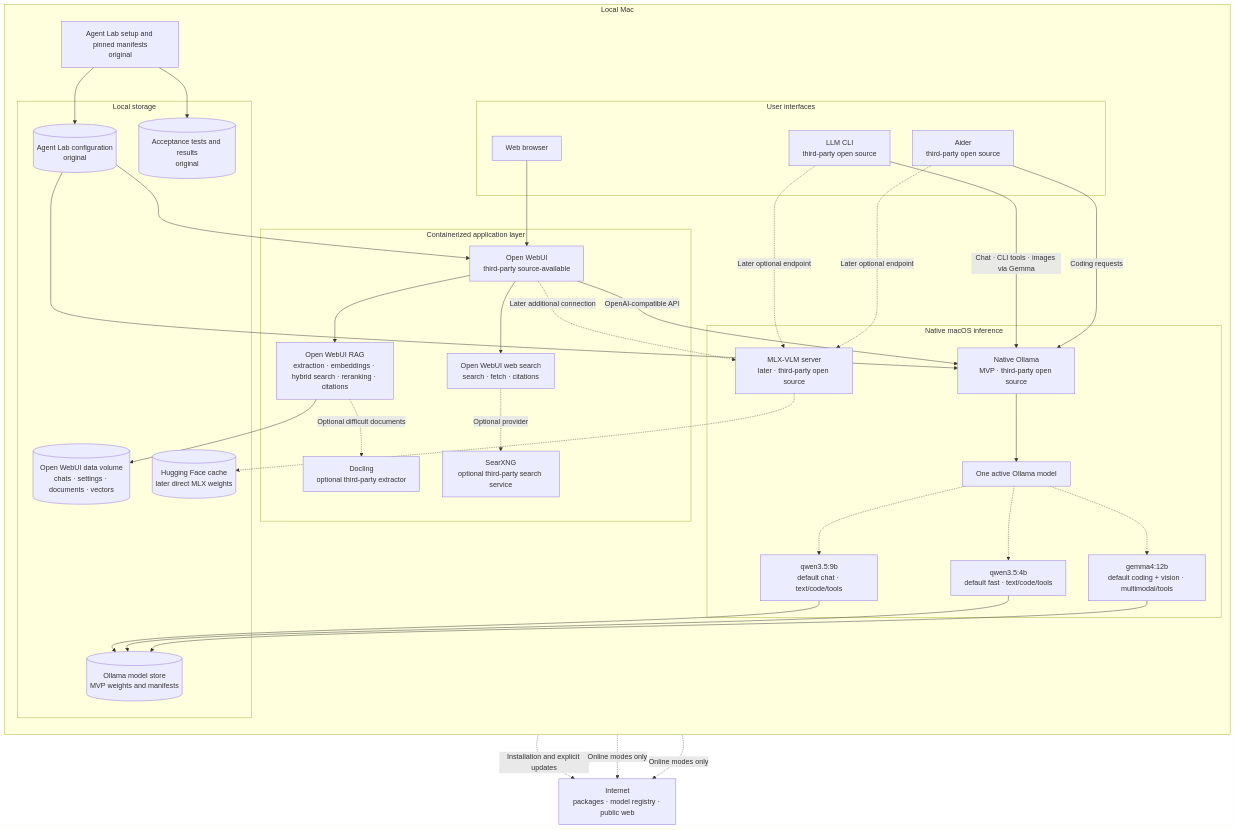
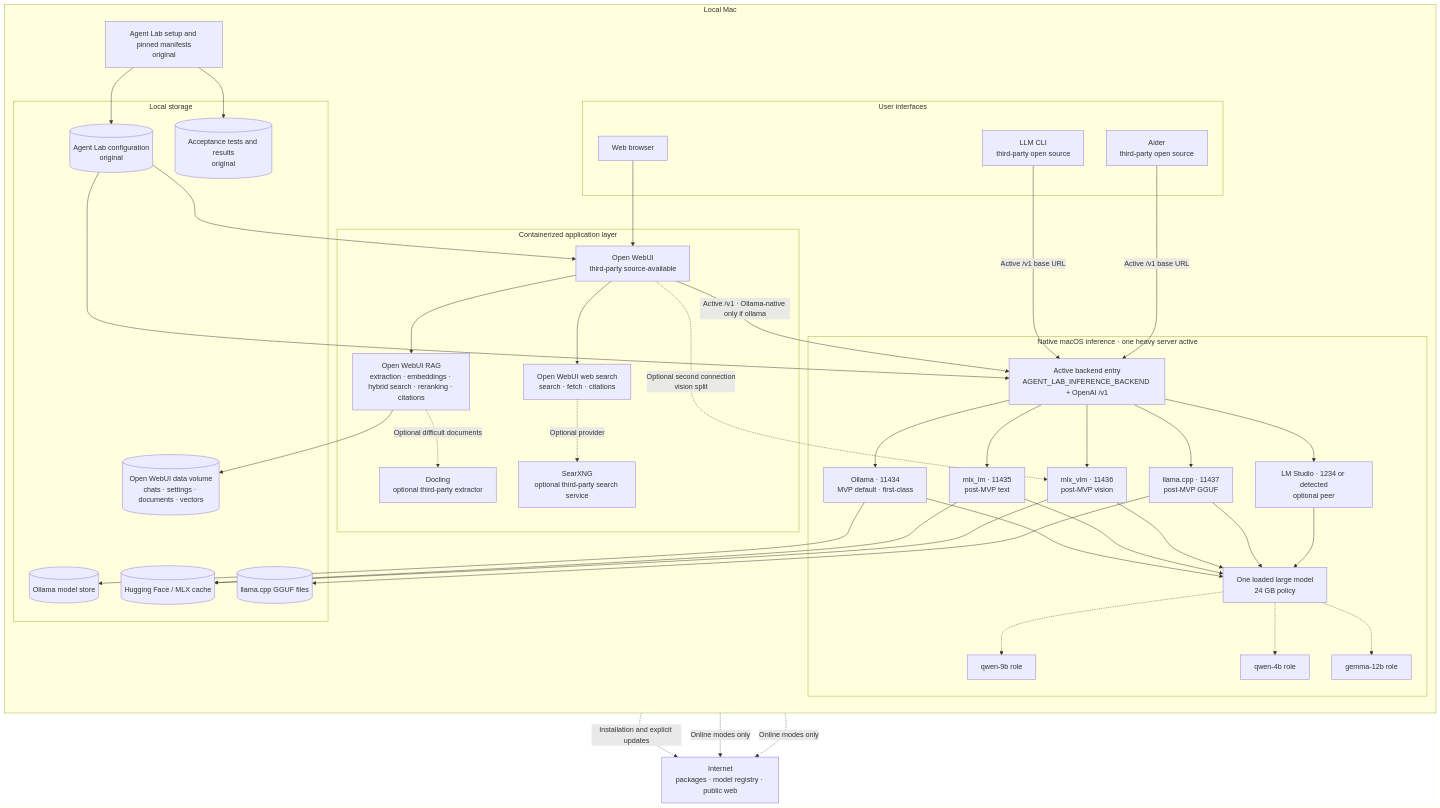
The diagram in docs/design.md (likefudan/agent-lab), drawn with Mermaid before and after one commit. The commit also changed other lines of this file and 38 other files, not shown here.

First line of the commit message:
Add multi-backend inference lifecycle and M5 benchmark campaign.

```diff
--- a/docs/design.md
+++ b/docs/design.md
@@ -161,28 +179,33 @@
             SearXNG["SearXNG<br/>optional third-party search service"]
         end
 
-        subgraph Native["Native macOS inference"]
-            Ollama["Native Ollama<br/>MVP · third-party open source"]
-            Active["One active Ollama model"]
-            Qwen9["qwen3.5:9b<br/>default chat · text/code/tools"]
-            Qwen4["qwen3.5:4b<br/>default fast · text/code/tools"]
-            Gemma["gemma4:12b<br/>default coding + vision · multimodal/tools"]
-
-            MLXVLM["MLX-VLM server<br/>later · third-party open source"]
+        subgraph Native["Native macOS inference · one heavy server active"]
+            ActiveEntry["Active backend entry<br/>AGENT_LAB_INFERENCE_BACKEND + OpenAI /v1"]
+            Ollama["Ollama · 11434<br/>MVP default · first-class"]
+            MLXLM["mlx_lm · 11435<br/>post-MVP text"]
+            MLXVLM["mlx_vlm · 11436<br/>post-MVP vision"]
+            LlamaCpp["llama.cpp · 11437<br/>post-MVP GGUF"]
+            LMStudio["LM Studio · 1234 or detected<br/>optional peer"]
+            ActiveModel["One loaded large model<br/>24 GB policy"]
+            Qwen9["qwen-9b role"]
+            Qwen4["qwen-4b role"]
+            Gemma["gemma-12b role"]
         end
 
         subgraph Storage["Local storage"]
             WebData[("Open WebUI data volume<br/>chats · settings · documents · vectors")]
-            OllamaStore[("Ollama model store<br/>MVP weights and manifests")]
-            HFCache[("Hugging Face cache<br/>later direct MLX weights")]
+            OllamaStore[("Ollama model store")]
+            HFCache[("Hugging Face / MLX cache")]
+            GGUFStore[("llama.cpp GGUF files")]
             Config[("Agent Lab configuration<br/>original")]
             Evals[("Acceptance tests and results<br/>original")]
         end
 
         Browser --> WebUI
-        LLMCLI -->|"Chat · CLI tools · images via Gemma"| Ollama
-        Aider -->|"Coding requests"| Ollama
-        WebUI -->|"OpenAI-compatible API"| Ollama
+        LLMCLI -->|"Active /v1 base URL"| ActiveEntry
+        Aider -->|"Active /v1 base URL"| ActiveEntry
+        WebUI -->|"Active /v1 · Ollama-native only if ollama"| ActiveEntry
+        WebUI -.->|"Optional second connection<br/>vision split"| MLXVLM
 
         WebUI --> RAG
         RAG --> WebData
@@ -190,22 +213,27 @@
         WebUI --> Search
         Search -.->|"Optional provider"| SearXNG
 
-        Ollama --> Active
-        Active -.-> Qwen9
-        Active -.-> Qwen4
-        Active -.-> Gemma
-        Qwen9 --> OllamaStore
-        Qwen4 --> OllamaStore
-        Gemma --> OllamaStore
-
-        WebUI -.->|"Later additional connection"| MLXVLM
-        LLMCLI -.->|"Later optional endpoint"| MLXVLM
-        Aider -.->|"Later optional endpoint"| MLXVLM
-        MLXVLM -.-> HFCache
+        ActiveEntry --> Ollama
+        ActiveEntry --> MLXLM
+        ActiveEntry --> MLXVLM
+        ActiveEntry --> LlamaCpp
+        ActiveEntry --> LMStudio
+        Ollama --> ActiveModel
+        MLXLM --> ActiveModel
+        MLXVLM --> ActiveModel
+        LlamaCpp --> ActiveModel
+        LMStudio --> ActiveModel
+        ActiveModel -.-> Qwen9
+        ActiveModel -.-> Qwen4
+        ActiveModel -.-> Gemma
+        Ollama --> OllamaStore
+        MLXLM --> HFCache
+        MLXVLM --> HFCache
+        LlamaCpp --> GGUFStore
 
         Setup --> Config
         Config --> WebUI
-        Config --> Ollama
+        Config --> ActiveEntry
         Setup --> Evals
     end
 
```
